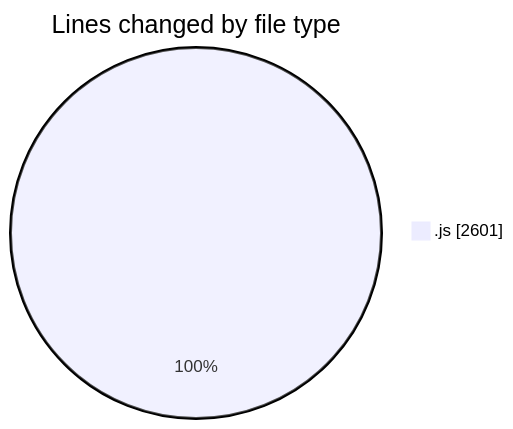
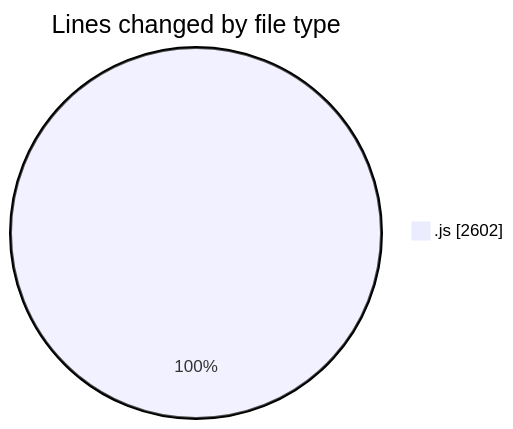
Before and after one commit to nxtqubesakshisongat/code-tracking: the first of 2 diagrams in 2025-09-03/nxtqube_webapp/README.md, drawn with Mermaid. The commit also changed other lines of this file and 1 other file, not shown here.

````diff
--- a/2025-09-03/nxtqube_webapp/README.md
+++ b/2025-09-03/nxtqube_webapp/README.md
@@ -20,5 +20,5 @@
 ```mermaid
 pie showData
 title Lines changed by file type
-".js" : 2601
+".js" : 2602
 ```
````
